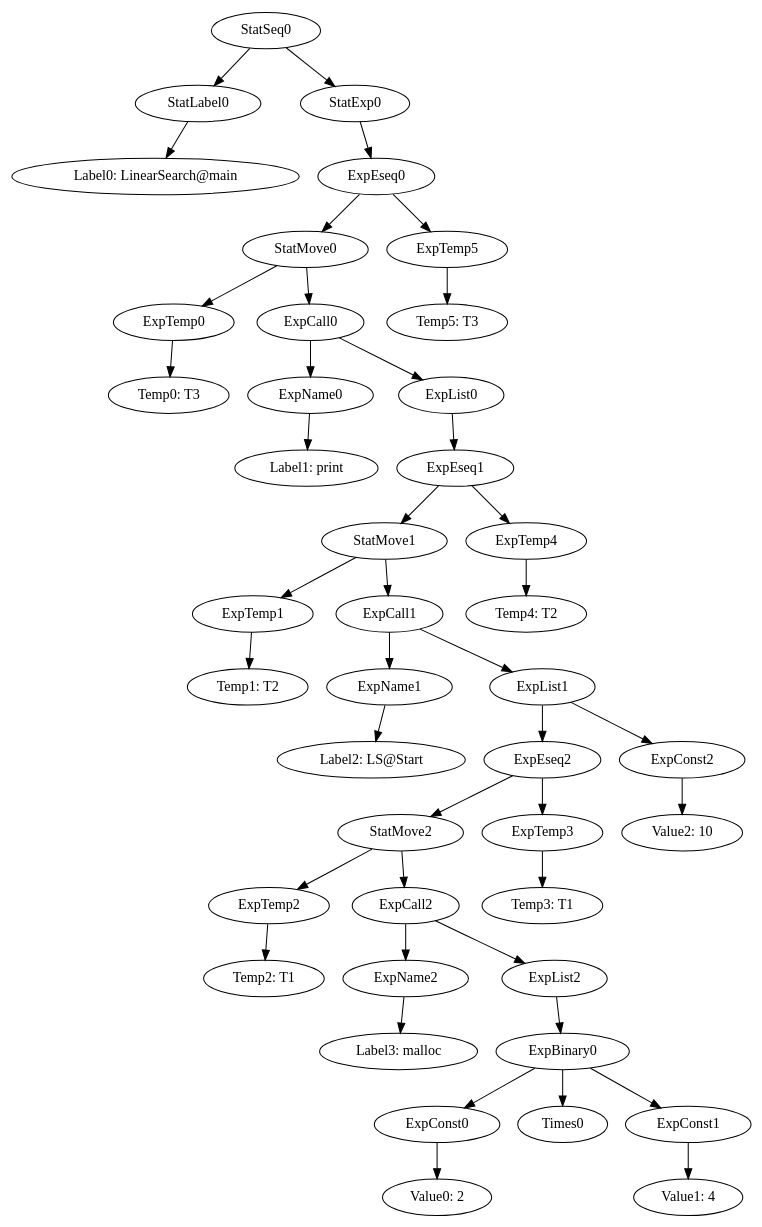
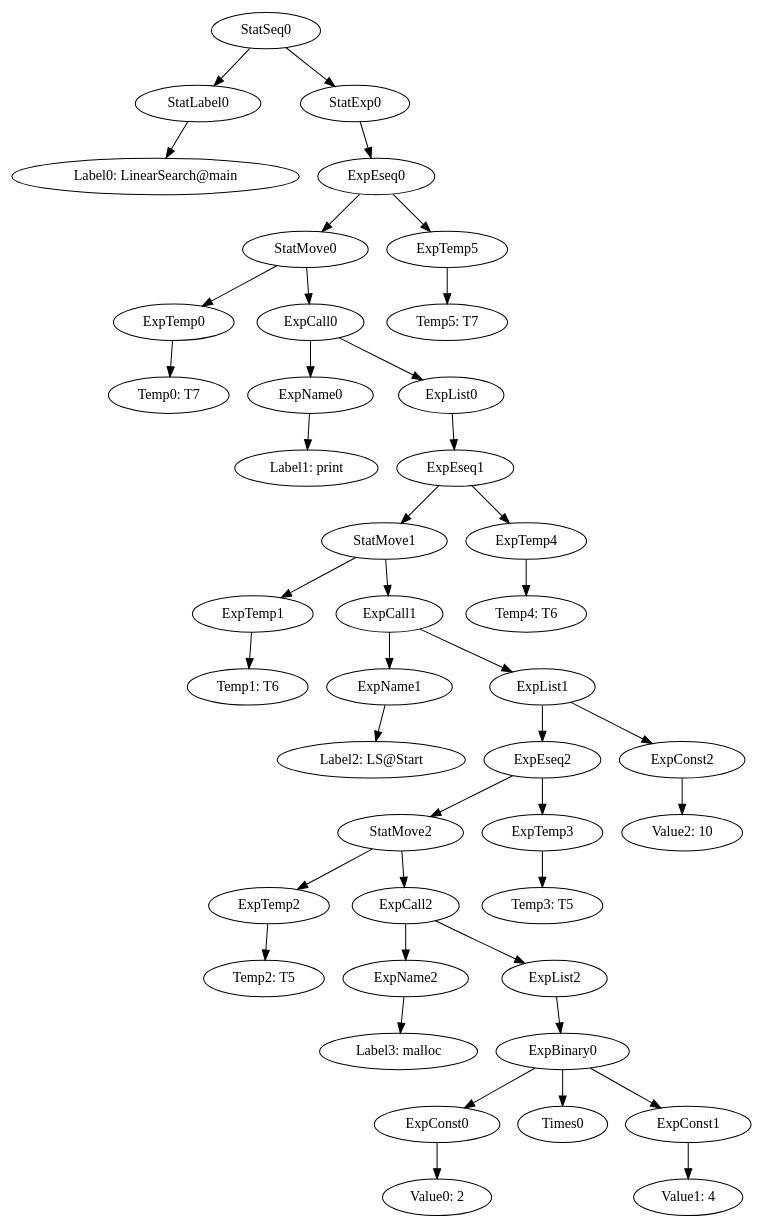
The diagram in MiniJava/results/SamplesCorrect/LinearSearch/irtCanon_LinearSearch@main.gv (team-compilers/compilers), drawn with Graphviz before and after one commit. The commit also changed 301 other files, not shown here.

```diff
--- a/MiniJava/results/SamplesCorrect/LinearSearch/irtCanon_LinearSearch@main.gv
+++ b/MiniJava/results/SamplesCorrect/LinearSearch/irtCanon_LinearSearch@main.gv
@@ -1,44 +1,44 @@
 digraph {
 	ordering = out;
 	StatExp0 -> ExpEseq0;
 	ExpEseq0 -> StatMove0;
 	ExpEseq0 -> ExpTemp5;
 	ExpList0 -> ExpEseq1;
-	ExpTemp4 -> "Temp4: T2";
+	ExpTemp4 -> "Temp4: T6";
 	ExpName1 -> "Label2: LS@Start";
 	StatMove1 -> ExpTemp1;
 	StatMove1 -> ExpCall1;
 	ExpConst1 -> "Value1: 4";
 	ExpList1 -> ExpEseq2;
 	ExpList1 -> ExpConst2;
 	ExpCall0 -> ExpName0;
 	ExpCall0 -> ExpList0;
 	ExpName0 -> "Label1: print";
 	StatLabel0 -> "Label0: LinearSearch@main";
-	ExpTemp3 -> "Temp3: T1";
-	ExpTemp0 -> "Temp0: T3";
+	ExpTemp3 -> "Temp3: T5";
+	ExpTemp0 -> "Temp0: T7";
 	ExpList2 -> ExpBinary0;
 	ExpCall1 -> ExpName1;
 	ExpCall1 -> ExpList1;
 	ExpEseq1 -> StatMove1;
 	ExpEseq1 -> ExpTemp4;
 	StatMove0 -> ExpTemp0;
 	StatMove0 -> ExpCall0;
-	ExpTemp2 -> "Temp2: T1";
+	ExpTemp2 -> "Temp2: T5";
 	StatMove2 -> ExpTemp2;
 	StatMove2 -> ExpCall2;
-	ExpTemp5 -> "Temp5: T3";
-	ExpTemp1 -> "Temp1: T2";
+	ExpTemp5 -> "Temp5: T7";
+	ExpTemp1 -> "Temp1: T6";
 	StatSeq0 -> StatLabel0;
 	StatSeq0 -> StatExp0;
 	ExpName2 -> "Label3: malloc";
 	ExpConst0 -> "Value0: 2";
 	ExpBinary0 -> ExpConst0;
 	ExpBinary0 -> Times0;
 	ExpBinary0 -> ExpConst1;
 	ExpEseq2 -> StatMove2;
 	ExpEseq2 -> ExpTemp3;
 	ExpCall2 -> ExpName2;
 	ExpCall2 -> ExpList2;
 	ExpConst2 -> "Value2: 10";
 }
```
